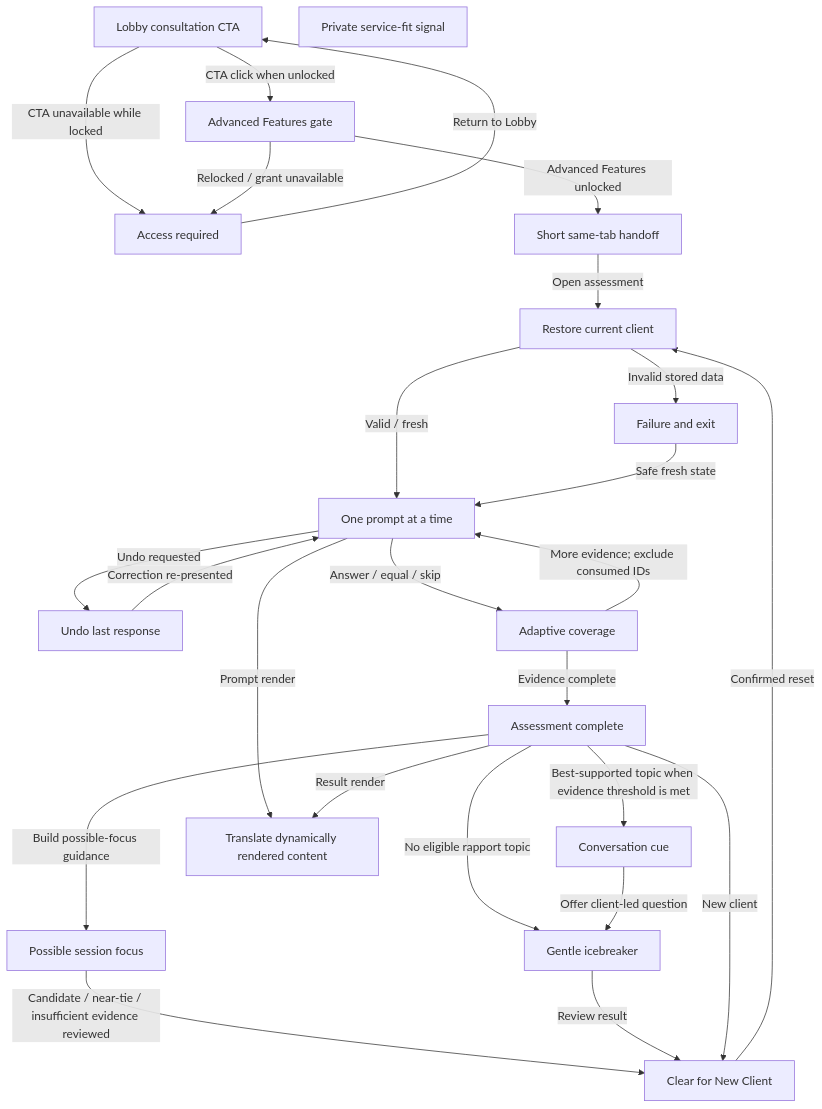
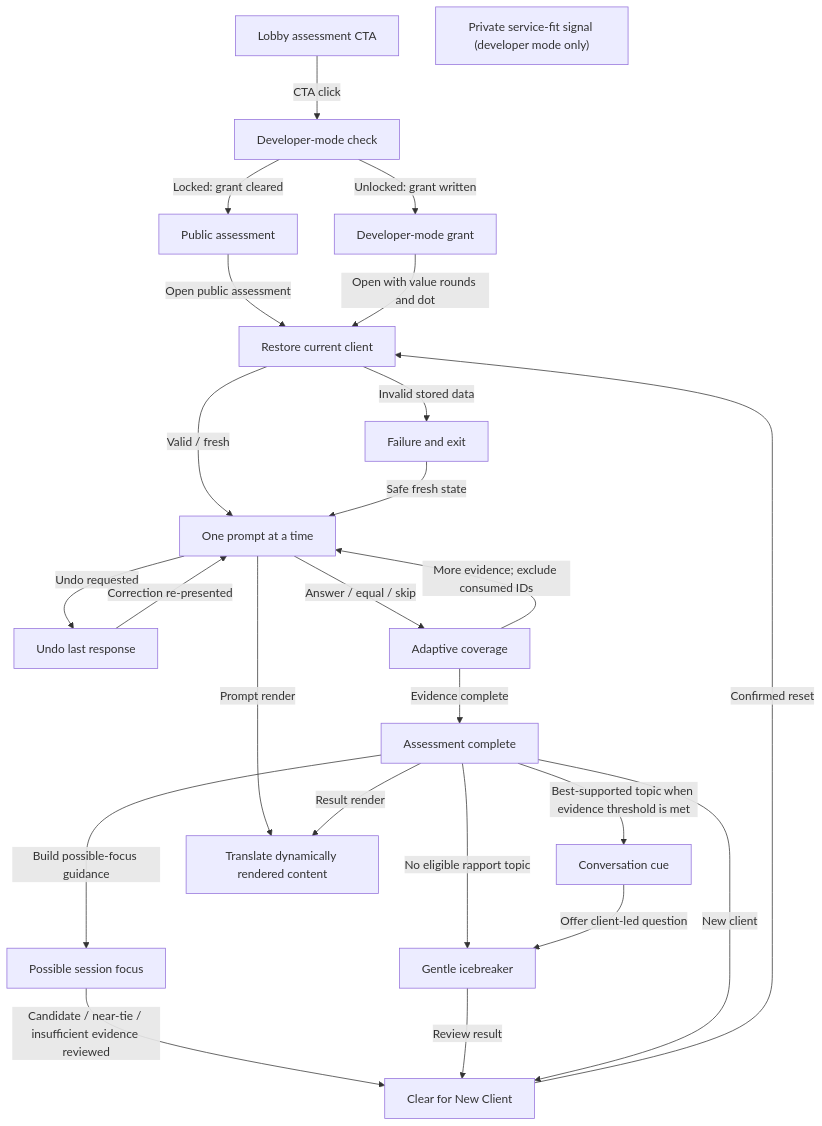
One commit to missionode/lite changed diagram 53 of 55 in docs/app-map/FLOW-REFERENCE.md. Above: the diagram before and after it, drawn with Mermaid. The commit also changed other lines of this file and 30 other files, not shown here.

First line of the commit message:
feat: Earn link and assessment dot gated on developer mode

````diff
--- a/docs/app-map/FLOW-REFERENCE.md
+++ b/docs/app-map/FLOW-REFERENCE.md
@@ -2452,43 +2453,42 @@
 ```mermaid
 flowchart TD
-  entry["Lobby consultation CTA"]
-  gate["Advanced Features gate"]
-  locked["Access required"]
-  handoff["Short same-tab handoff"]
+  entry["Lobby assessment CTA"]
+  gate["Developer-mode check"]
+  locked["Public assessment"]
+  handoff["Developer-mode grant"]
   restore["Restore current client"]
   interview["One prompt at a time"]
   undo["Undo last response"]
   coverage["Adaptive coverage"]
   result["Assessment complete"]
   focus["Possible session focus"]
   rapport["Conversation cue"]
   icebreaker["Gentle icebreaker"]
-  dot["Private service-fit signal"]
+  dot["Private service-fit signal (developer mode only)"]
   clear["Clear for New Client"]
   translate["Translate dynamically rendered content"]
   failure["Failure and exit"]
-  entry -->|"CTA click when unlocked"| gate
-  entry -->|"CTA unavailable while locked"| locked
-  gate -->|"Advanced Features unlocked"| handoff
-  gate -->|"Relocked / grant unavailable"| locked
-  locked -->|"Return to Lobby"| entry
-  handoff -->|"Open assessment"| restore
+  entry -->|"CTA click"| gate
+  gate -->|"Unlocked: grant written"| handoff
+  gate -->|"Locked: grant cleared"| locked
+  locked -->|"Open public assessment"| restore
+  handoff -->|"Open with value rounds and dot"| restore
   restore -->|"Valid / fresh"| interview
   interview -->|"Answer / equal / skip"| coverage
   interview -->|"Undo requested"| undo
   undo -->|"Correction re-presented"| interview
   coverage -->|"More evidence; exclude consumed IDs"| interview
   coverage -->|"Evidence complete"| result
   result -->|"Build possible-focus guidance"| focus
   focus -->|"Candidate / near-tie / insufficient evidence reviewed"| clear
   result -->|"Best-supported topic when evidence threshold is met"| rapport
   result -->|"No eligible rapport topic"| icebreaker
   rapport -->|"Offer client-led question"| icebreaker
   icebreaker -->|"Review result"| clear
   result -->|"New client"| clear
   clear -->|"Confirmed reset"| restore
   interview -->|"Prompt render"| translate
   result -->|"Result render"| translate
   restore -->|"Invalid stored data"| failure
   failure -->|"Safe fresh state"| interview
 ```
````
